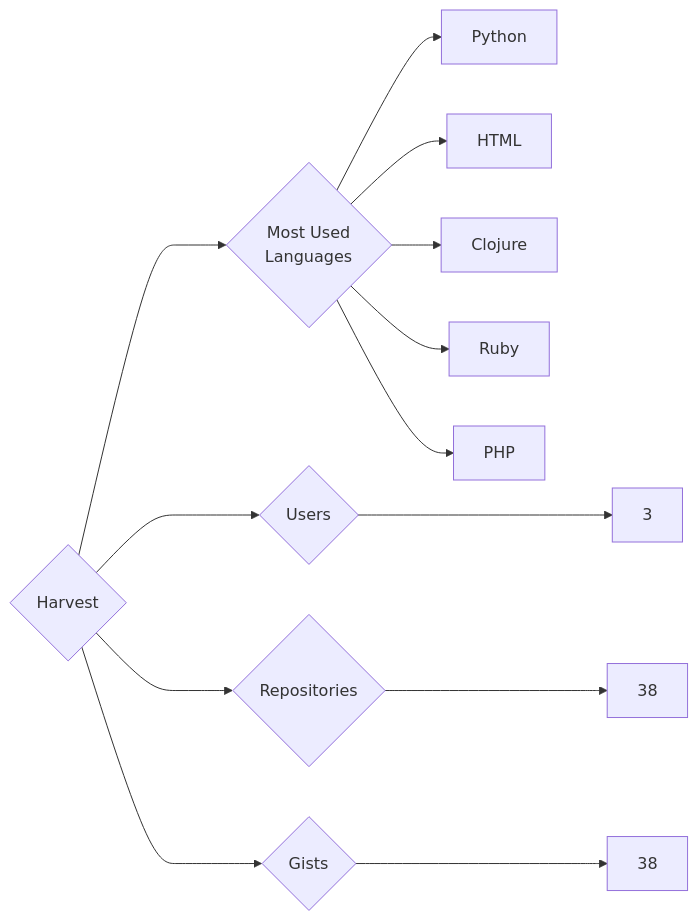
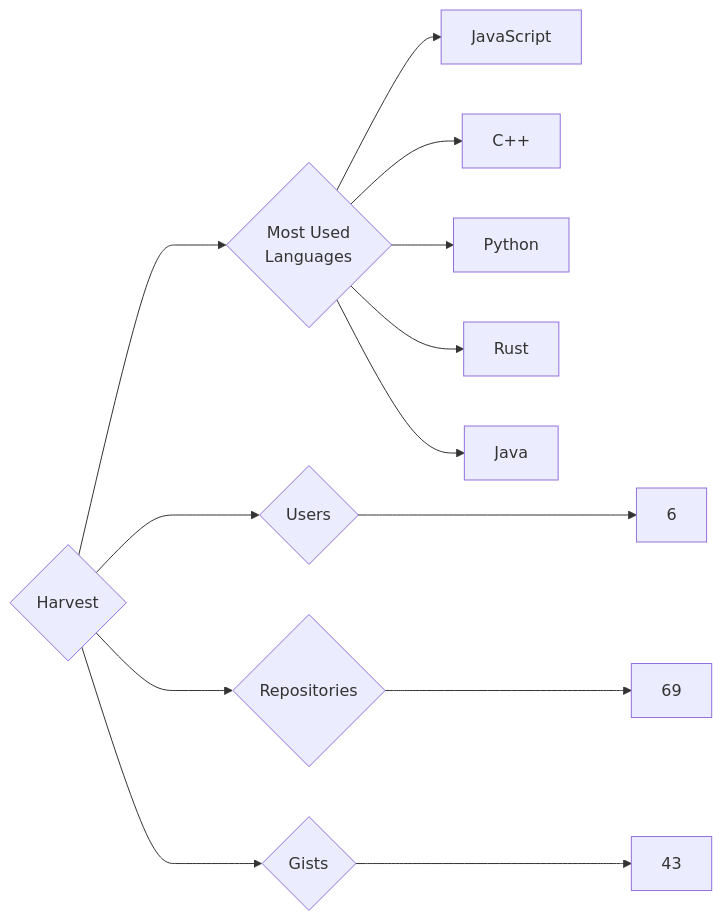
One commit to trickest/insiders changed the diagram in targets/Harvest/README.md. Above: the diagram before and after it, drawn with Mermaid. The commit also changed 1314 other files, not shown here.

````diff
--- a/targets/Harvest/README.md
+++ b/targets/Harvest/README.md
@@ -3,13 +3,13 @@
 ```mermaid
 graph LR
 COMPANY_NAME{Harvest}
-COMPANY_NAME ---> U{Users} ---> UN[3]
-COMPANY_NAME ---> R{Repositories} ---> RN[38]
-COMPANY_NAME ---> G{Gists} ---> GN[38]
+COMPANY_NAME ---> U{Users} ---> UN[6]
+COMPANY_NAME ---> R{Repositories} ---> RN[69]
+COMPANY_NAME ---> G{Gists} ---> GN[43]
 COMPANY_NAME ---> ML{Most Used<br>Languages}
+ML --> JavaScript[JavaScript]
+ML --> C++[C++]
 ML --> Python[Python]
-ML --> HTML[HTML]
-ML --> Clojure[Clojure]
-ML --> Ruby[Ruby]
-ML --> PHP[PHP]
+ML --> Rust[Rust]
+ML --> Java[Java]
 ```
````
